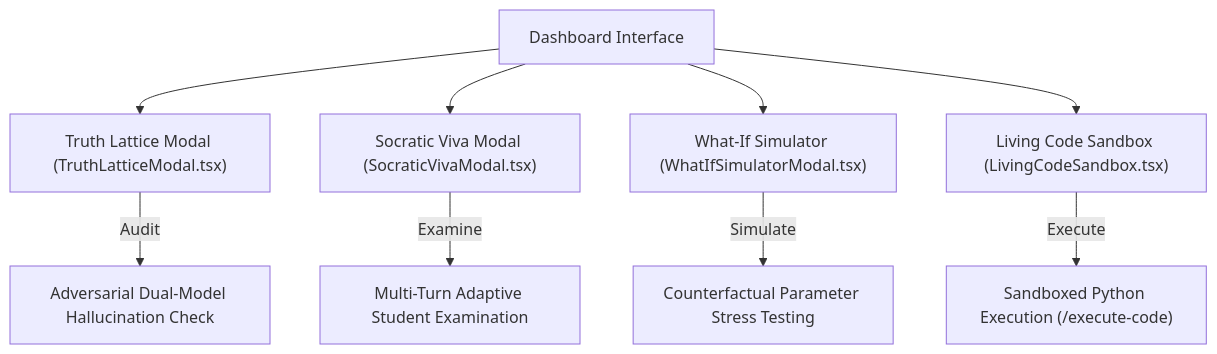
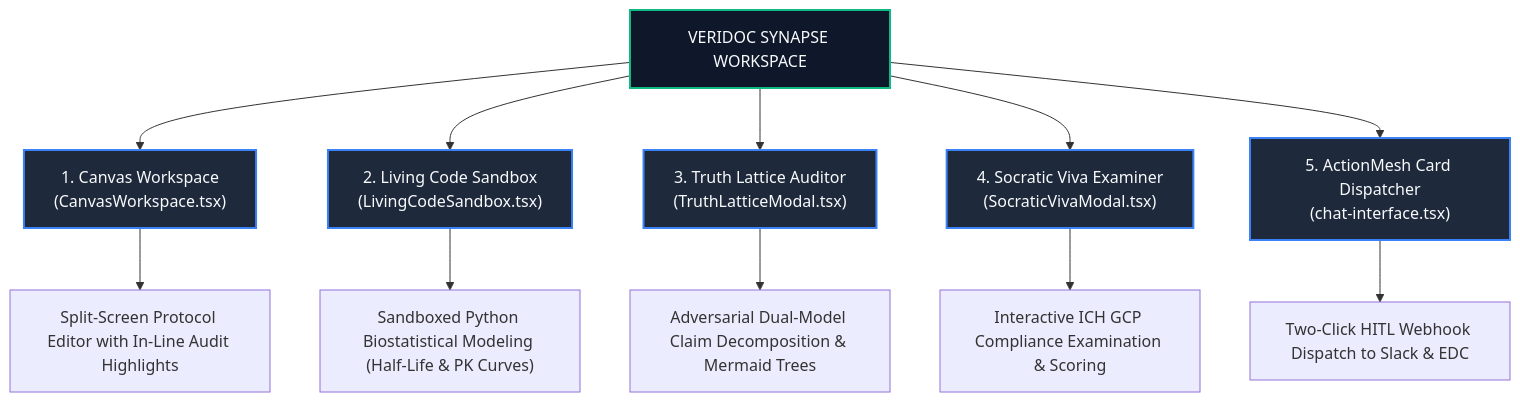
Before and after one commit to tejakarthik657/chat_doc: the diagram in docs/18_INTERACTIVE_FEATURES_AND_CANVAS_WORKSPACE.md, drawn with Mermaid. The commit also changed other lines of this file and 78 other files, not shown here.

Commit message:
feat(architecture): implement multi-tenant hospital identity and patient resolution architecture with HL7 FHIR v4, SMART OAuth, and MPI

````diff
--- a/docs/18_INTERACTIVE_FEATURES_AND_CANVAS_WORKSPACE.md
+++ b/docs/18_INTERACTIVE_FEATURES_AND_CANVAS_WORKSPACE.md
@@ -13,12 +18,19 @@
 ```mermaid
 graph TD
-    UI["Dashboard Interface"] --> F1["Truth Lattice Modal (TruthLatticeModal.tsx)"]
-    UI --> F2["Socratic Viva Modal (SocraticVivaModal.tsx)"]
-    UI --> F3["What-If Simulator (WhatIfSimulatorModal.tsx)"]
-    UI --> F4["Living Code Sandbox (LivingCodeSandbox.tsx)"]
+    classDef feature fill:#1e293b,stroke:#3b82f6,stroke-width:2px,color:#f8fafc;
+    classDef core fill:#0f172a,stroke:#10b981,stroke-width:2px,color:#f8fafc;
 
-    F1 -->|Audit| DUAL_MODEL["Adversarial Dual-Model Hallucination Check"]
-    F2 -->|Examine| SOCRATIC["Multi-Turn Adaptive Student Examination"]
-    F3 -->|Simulate| COUNTERFACT["Counterfactual Parameter Stress Testing"]
-    F4 -->|Execute| SANDBOX["Sandboxed Python Execution (/execute-code)"]
+    HUB["VERIDOC SYNAPSE WORKSPACE"]:::core
+
+    HUB --> F1["1. Canvas Workspace<br/>(CanvasWorkspace.tsx)"]:::feature
+    HUB --> F2["2. Living Code Sandbox<br/>(LivingCodeSandbox.tsx)"]:::feature
+    HUB --> F3["3. Truth Lattice Auditor<br/>(TruthLatticeModal.tsx)"]:::feature
+    HUB --> F4["4. Socratic Viva Examiner<br/>(SocraticVivaModal.tsx)"]:::feature
+    HUB --> F5["5. ActionMesh Card Dispatcher<br/>(chat-interface.tsx)"]:::feature
+
+    F1 --> F1_A["Split-Screen Protocol Editor with In-Line Audit Highlights"]
+    F2 --> F2_A["Sandboxed Python Biostatistical Modeling (Half-Life & PK Curves)"]
+    F3 --> F3_A["Adversarial Dual-Model Claim Decomposition & Mermaid Trees"]
+    F4 --> F4_A["Interactive ICH GCP Compliance Examination & Scoring"]
+    F5 --> F5_A["Two-Click HITL Webhook Dispatch to Slack & EDC"]
 ```
````
